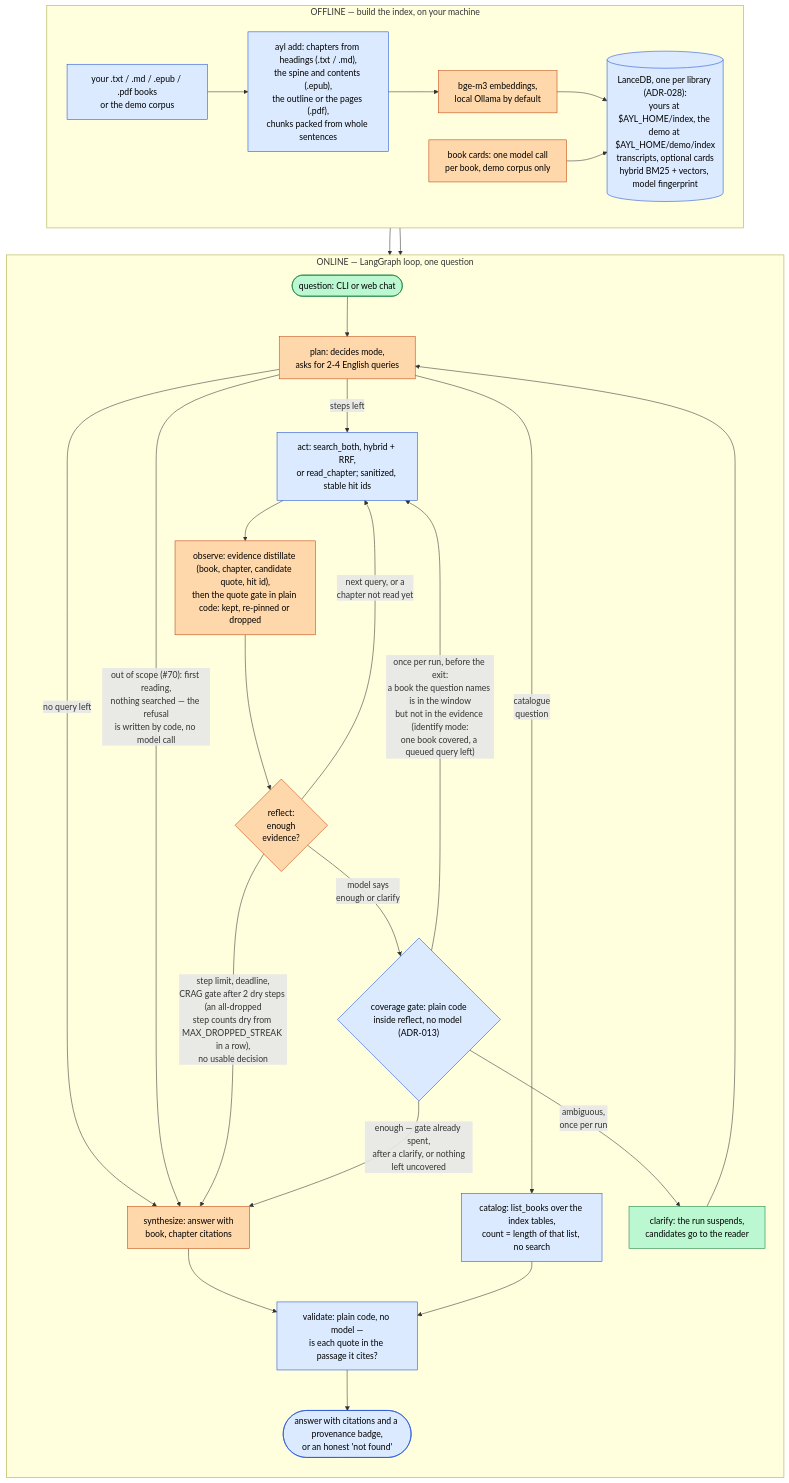
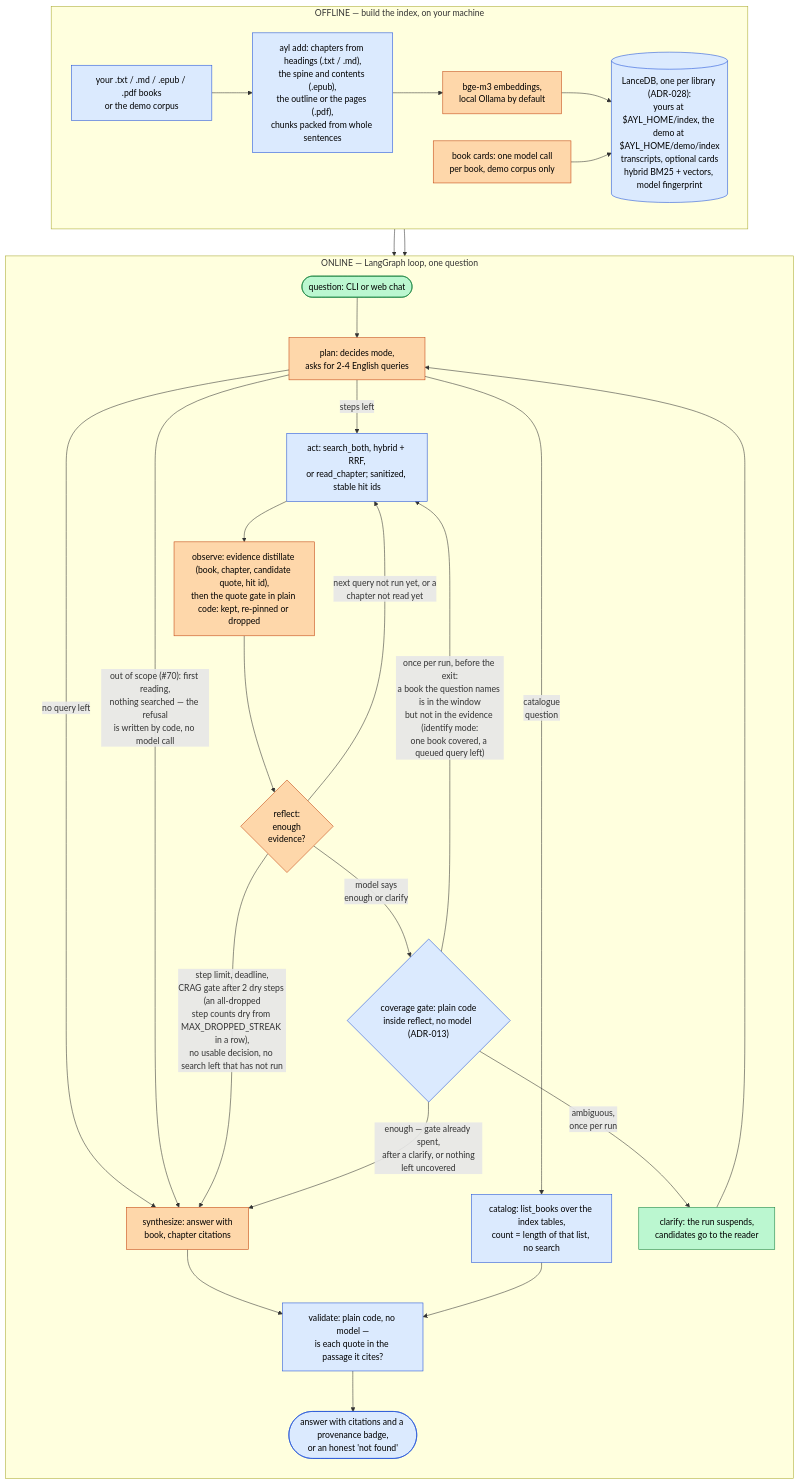
The first of 2 diagrams in docs/architecture.md (ievgen-borysenko/ask-your-library), drawn with Mermaid before and after one commit. The commit also changed other lines of this file and 7 other files, not shown here.

First line of the commit message:
eval, docs: record every search and the new passages per step; document #163

````diff
--- a/docs/architecture.md
+++ b/docs/architecture.md
@@ -11,37 +11,37 @@
 ```mermaid
 flowchart TB
     subgraph offline["OFFLINE — build the index, on your machine"]
         direction LR
         BK["your .txt / .md / .epub / .pdf books<br/>or the demo corpus"]:::code
         CRD["book cards: one model call<br/>per book, demo corpus only"]:::ai
         BK --> CHK["ayl add: chapters from headings (.txt / .md),<br/>the spine and contents (.epub),<br/>the outline or the pages (.pdf),<br/>chunks packed from whole sentences"]:::code
         CHK --> EMB["bge-m3 embeddings,<br/>local Ollama by default"]:::ai
         EMB --> DB[("LanceDB, one per library (ADR-028):<br/>yours at $AYL_HOME/index, the demo at $AYL_HOME/demo/index<br/>transcripts, optional cards<br/>hybrid BM25 + vectors, model fingerprint")]:::code
         CRD --> DB
     end
     subgraph online["ONLINE — LangGraph loop, one question"]
         direction TB
         Q(["question: CLI or web chat"]):::human --> PLAN["plan: decides mode,<br/>asks for 2-4 English queries"]:::ai
         PLAN -->|"catalogue<br/>question"| CAT["catalog: list_books over the index tables,<br/>count = length of that list, no search"]:::code
         PLAN -->|"steps left"| ACT["act: search_both, hybrid + RRF,<br/>or read_chapter; sanitized, stable hit ids"]:::code
         PLAN -->|"no query left"| SYN
         PLAN -->|"out of scope (#70): first reading,<br/>nothing searched — the refusal<br/>is written by code, no model call"| SYN
         ACT --> OBS["observe: evidence distillate (book, chapter, candidate quote, hit id),<br/>then the quote gate in plain code: kept, re-pinned or dropped"]:::ai
         OBS --> REF{"reflect:<br/>enough<br/>evidence?"}:::ai
-        REF -->|"next query, or a<br/>chapter not read yet"| ACT
-        REF -->|"step limit, deadline,<br/>CRAG gate after 2 dry steps (an all-dropped<br/>step counts dry from MAX_DROPPED_STREAK in a row),<br/>no usable decision"| SYN["synthesize: answer with<br/>book, chapter citations"]:::ai
+        REF -->|"next query not run yet, or a<br/>chapter not read yet"| ACT
+        REF -->|"step limit, deadline,<br/>CRAG gate after 2 dry steps (an all-dropped<br/>step counts dry from MAX_DROPPED_STREAK in a row),<br/>no usable decision, no search left that has not run"| SYN["synthesize: answer with<br/>book, chapter citations"]:::ai
         REF -->|"model says<br/>enough or clarify"| COV{"coverage gate: plain code<br/>inside reflect, no model (ADR-013)"}:::code
         COV -->|"once per run, before the exit:<br/>a book the question names is in the window<br/>but not in the evidence (identify mode:<br/>one book covered, a queued query left)"| ACT
         COV -->|"ambiguous,<br/>once per run"| CLR["clarify: the run suspends,<br/>candidates go to the reader"]:::human
         CLR --> PLAN
         COV -->|"enough — gate already spent,<br/>after a clarify, or nothing<br/>left uncovered"| SYN
         SYN --> VAL["validate: plain code, no model —<br/>is each quote in the passage it cites?"]:::code
         CAT --> VAL
         VAL --> OUT(["answer with citations and a provenance badge,<br/>or an honest 'not found'"]):::code
     end
     DB --> ACT
     DB --> CAT
     classDef code fill:#dbeafe,stroke:#1d4ed8,color:#000
     classDef ai fill:#fed7aa,stroke:#c2410c,color:#000
     classDef human fill:#bbf7d0,stroke:#15803d,color:#000
 ```
````
